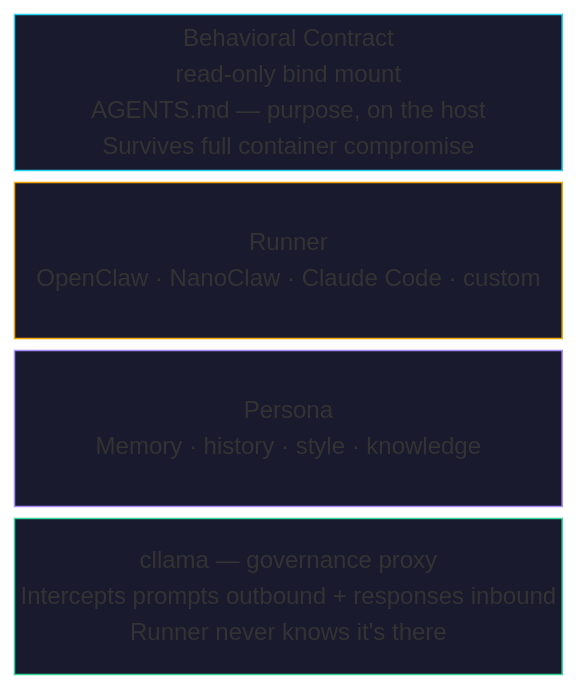
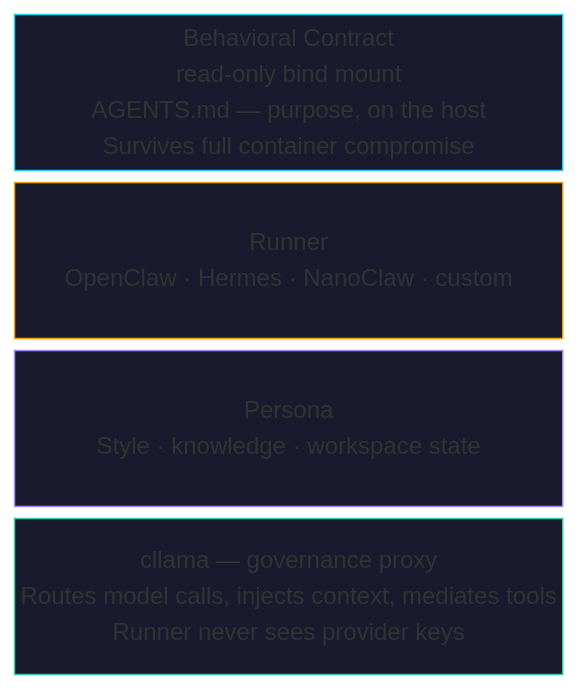
One commit to mostlydev/clawdapus changed the diagram in site/guide/anatomy.md. Above: the diagram before and after it, drawn with Mermaid. The commit also changed other lines of this file and 13 other files, not shown here.

````diff
--- a/site/guide/anatomy.md
+++ b/site/guide/anatomy.md
@@ -5,13 +5,13 @@
 ```mermaid
 block-beta
   columns 1
   contract["Behavioral Contract\nread-only bind mount\nAGENTS.md — purpose, on the host\nSurvives full container compromise"]
-  runner["Runner\nOpenClaw · NanoClaw · Claude Code · custom"]
-  persona["Persona\nMemory · history · style · knowledge"]
-  proxy["cllama — governance proxy\nIntercepts prompts outbound + responses inbound\nRunner never knows it's there"]
+  runner["Runner\nOpenClaw · Hermes · NanoClaw · custom"]
+  persona["Persona\nStyle · knowledge · workspace state"]
+  proxy["cllama — governance proxy\nRoutes model calls, injects context, mediates tools\nRunner never sees provider keys"]
 
   style contract fill:#1a1a2e,stroke:#22d3ee,color:#eee
   style runner fill:#1a1a2e,stroke:#f0a500,color:#eee
   style persona fill:#1a1a2e,stroke:#a78bfa,color:#eee
   style proxy fill:#1a1a2e,stroke:#34d399,color:#eee
 ```
````
